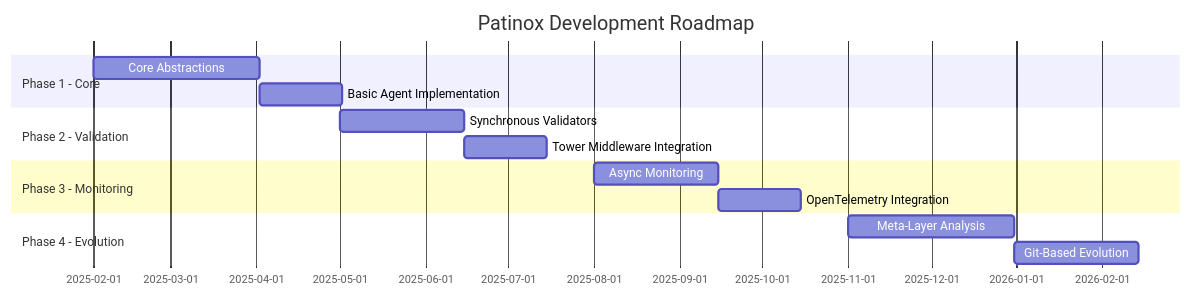
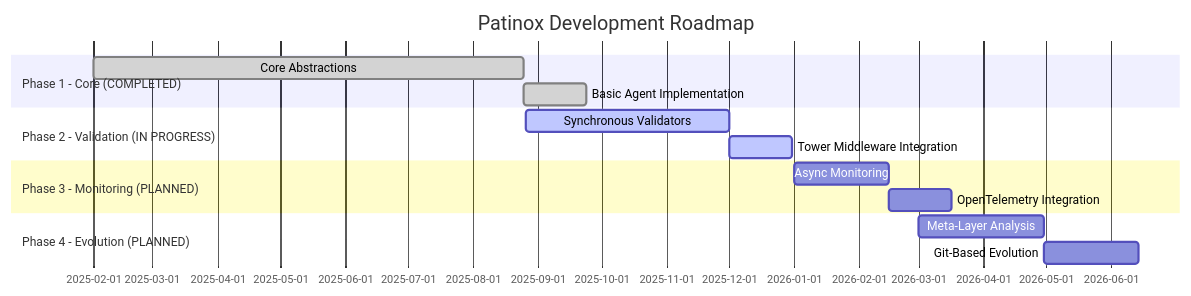
The diagram in context-network/planning/roadmap.md (jwynia/patinox), drawn with Mermaid before and after one commit. The commit also changed other lines of this file and 49 other files, not shown here.

````diff
--- a/context-network/planning/roadmap.md
+++ b/context-network/planning/roadmap.md
@@ -18,17 +18,17 @@
 ```mermaid
 gantt
     title Patinox Development Roadmap
     dateFormat  YYYY-MM-DD
-    section Phase 1 - Core
-    Core Abstractions      :a1, 2025-02-01, 60d
-    Basic Agent Implementation      :after a1, 30d
-    section Phase 2 - Validation
-    Synchronous Validators      :2025-05-01, 45d
-    Tower Middleware Integration      :30d
-    section Phase 3 - Monitoring
-    Async Monitoring      :2025-08-01, 45d
+    section Phase 1 - Core (COMPLETED)
+    Core Abstractions      :done, a1, 2025-02-01, 2025-08-25
+    Basic Agent Implementation      :done, after a1, 30d
+    section Phase 2 - Validation (IN PROGRESS)
+    Synchronous Validators      :active, 2025-08-26, 2025-12-01
+    Tower Middleware Integration      :active, 30d
+    section Phase 3 - Monitoring (PLANNED)
+    Async Monitoring      :2026-01-01, 45d
     OpenTelemetry Integration      :30d
-    section Phase 4 - Evolution
-    Meta-Layer Analysis      :2025-11-01, 60d
+    section Phase 4 - Evolution (PLANNED)
+    Meta-Layer Analysis      :2026-03-01, 60d
     Git-Based Evolution      :45d
 ```
````
